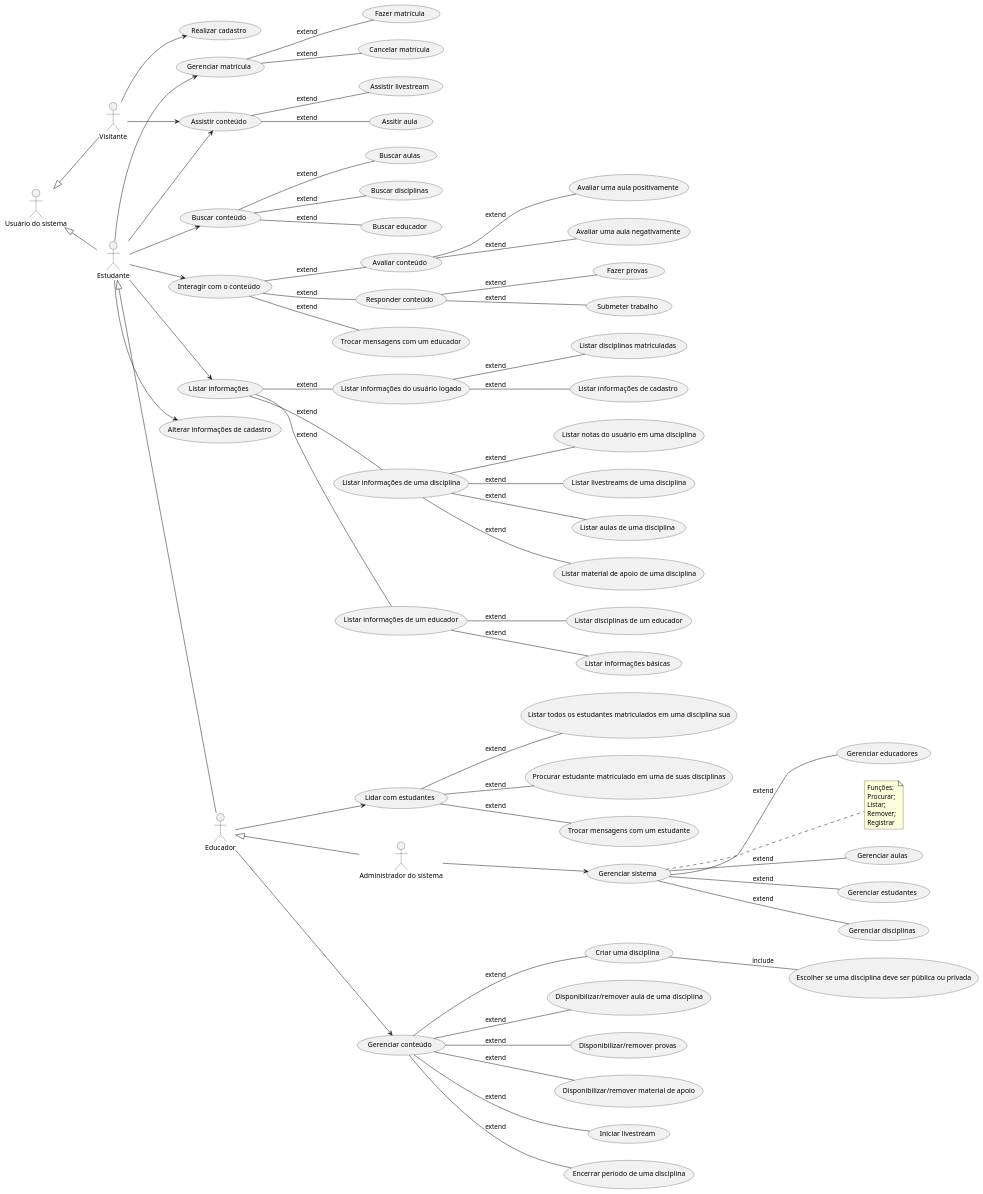
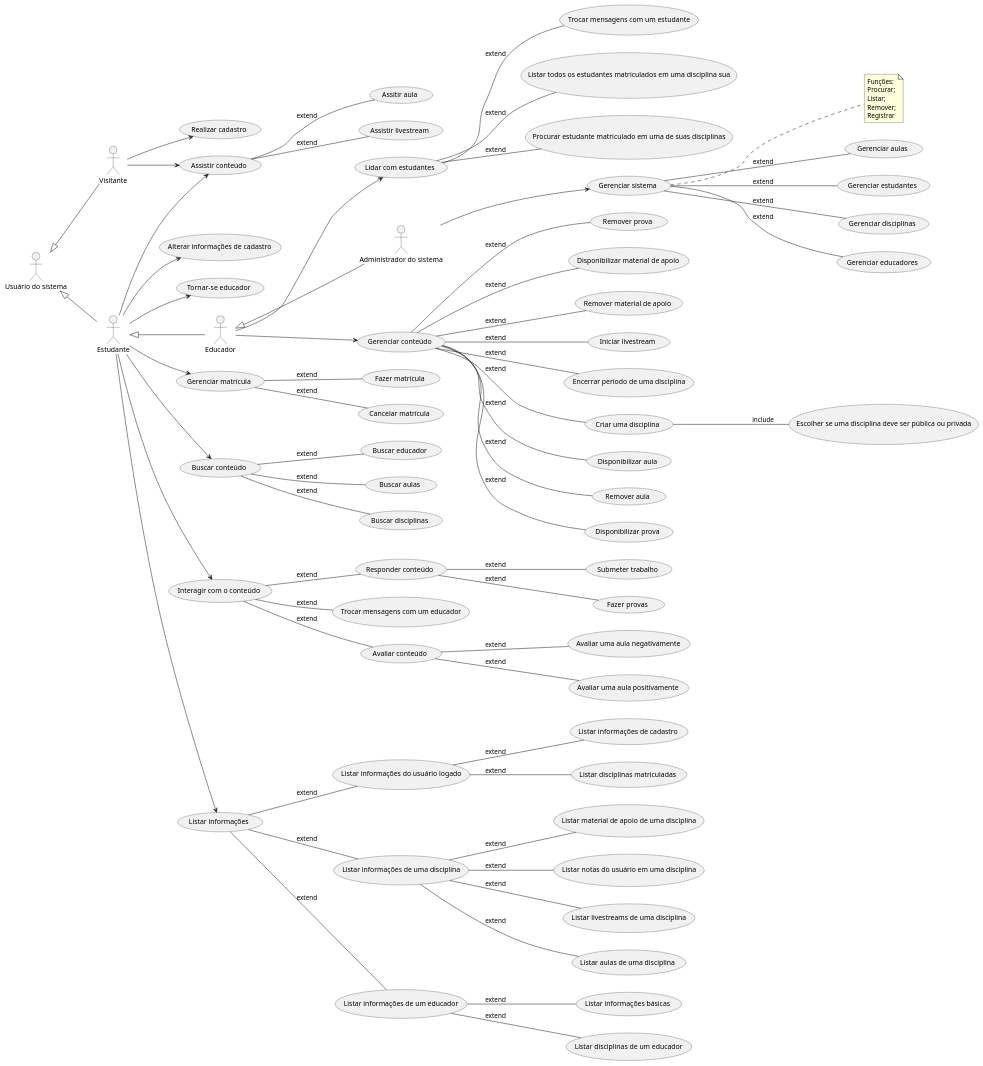
Before and after one commit to lucasg-mm/ensinet: the diagram in casos_de_uso/diagram.plantuml, drawn with PlantUML. The commit also changed 1 other file, not shown here.

Commit message:
Adiciona caso de uso 'tornar-se educador' e quebra casos de uso 'disponibilizar/remover'

```diff
--- a/casos_de_uso/diagram.plantuml
+++ b/casos_de_uso/diagram.plantuml
@@ -1,141 +1,149 @@
-@startuml ensinet
+@startuml casos_de_uso
 left to right direction
 
 ' --Atores
 actor "Usuário do sistema" as sist_user
 actor "Visitante" as visitor
 actor "Estudante" as student
 actor "Educador" as prof
 actor "Administrador do sistema" as adm 
 
 ' --Heranças
 sist_user <|-- visitor
 sist_user <|-- student
 student <|-- prof
 prof <|-- adm
 
 ' --Casos de uso
 ' Componente de gestão
 usecase "Gerenciar aulas" as UC3
 usecase "Gerenciar estudantes" as UC4
 usecase "Gerenciar disciplinas" as UC6
 usecase "Gerenciar educadores" as UC7
 usecase "Gerenciar sistema" as UC8
 usecase "Escolher se uma disciplina deve ser pública ou privada" as UC9
 usecase "Encerrar período de uma disciplina" as UC11
 
 ' Componente de conteúdo
 usecase "Gerenciar conteúdo" as UC12
 usecase "Criar uma disciplina" as UC13
-usecase "Disponibilizar/remover aula de uma disciplina" as UC14
-usecase "Disponibilizar/remover provas" as UC15
-usecase "Disponibilizar/remover material de apoio" as UC16
+usecase "Disponibilizar aula" as UC14
+usecase "Remover aula" as RUC14
+usecase "Disponibilizar prova" as UC15
+usecase "Remover prova" as RUC15
+usecase "Disponibilizar material de apoio" as UC16
+usecase "Remover material de apoio" as RUC16
 usecase "Iniciar livestream" as UC17
 
 ' Componente de usuário
 usecase "Gerenciar matrícula" as UC18
 usecase "Buscar conteúdo" as UC19
 usecase "Assistir conteúdo" as UC20
 usecase "Interagir com o conteúdo" as UC22
 usecase "Listar informações" as UC23
 usecase "Fazer matrícula" as UC24
 usecase "Cancelar matrícula" as UC25
 usecase "Buscar aulas" as UC26
 usecase "Buscar disciplinas" as UC27
 usecase "Buscar educador" as UC28
 usecase "Assitir aula" as UC29
 usecase "Assistir livestream" as UC30
 usecase "Avaliar uma aula positivamente" as UC31
 usecase "Avaliar uma aula negativamente" as UC32
 usecase "Trocar mensagens com um educador" as UC34
 usecase "Fazer provas" as UC35
 usecase "Listar aulas de uma disciplina" as UC36
 usecase "Listar disciplinas de um educador" as UC37
 usecase "Listar disciplinas matriculadas" as UC38
 usecase "Listar material de apoio de uma disciplina" as UC39
 usecase "Listar notas do usuário em uma disciplina" as UCNotas
 usecase "Realizar cadastro" as UC40
 usecase "Lidar com estudantes" as UC43
 usecase "Listar todos os estudantes matriculados em uma disciplina sua" as UC44
 usecase "Procurar estudante matriculado em uma de suas disciplinas" as UC45
 usecase "Trocar mensagens com um estudante" as UC46
 usecase "Avaliar conteúdo" as UC47
 usecase "Responder conteúdo" as UC48
 usecase "Submeter trabalho" as UC49
 usecase "Listar informações de uma disciplina" as UC50
 usecase "Listar informações de um educador" as UC51
 usecase "Listar informações do usuário logado" as UC52
 usecase "Listar livestreams de uma disciplina" as UC53
 usecase "Listar informações básicas" as UC54
 usecase "Listar informações de cadastro" as UC55
 usecase "Alterar informações de cadastro" as UC56
+usecase "Tornar-se educador" as UC57
 
 ' --Associações
 adm --> UC8
 prof --> UC12
 prof --> UC43
 visitor --> UC40
 visitor --> UC20
 student --> UC18
 student --> UC19
 student --> UC20
 student --> UC22
 student --> UC23
 student --> UC56
+student --> UC57
 
 ' --Extends e includes
 ' Componente de gestão
 UC8--UC3:extend
 UC8--UC4:extend
 UC8--UC6:extend
 UC8--UC7:extend
 UC13--UC9:include
 UC12--UC11:extend
 
 ' Componente de conteúdo
 UC12--UC13:extend
 UC12--UC14:extend
+UC12--RUC14:extend
 UC12--UC15:extend
+UC12--RUC15:extend
 UC12--UC16:extend
+UC12--RUC16:extend
 UC12--UC17:extend
 
 ' Componente de usuário
 UC18--UC24:extend
 UC18--UC25:extend
 UC19--UC26:extend
 UC19--UC27:extend
 UC19--UC28:extend
 UC20--UC29:extend
 UC20--UC30:extend
 UC22--UC48:extend
 UC22--UC47:extend
 UC22--UC34:extend
 UC23--UC50:extend
 UC23--UC51:extend
 UC23--UC52:extend
 UC43--UC44:extend
 UC43--UC45:extend
 UC43--UC46:extend
 UC47--UC31:extend
 UC47--UC32:extend
 UC48--UC35:extend
 UC48--UC49:extend
 UC50--UC39:extend
 UC50--UC36:extend
 UC50--UCNotas:extend
 UC50--UC53:extend
 UC51--UC37:extend
 UC51--UC54:extend
 UC52--UC38:extend
 UC52--UC55:extend
 
 ' --Observações
 note right of UC8
 Funções: 
 Procurar;
 Listar;
 Remover;
 Registrar
 endnote
 
 @enduml
```
